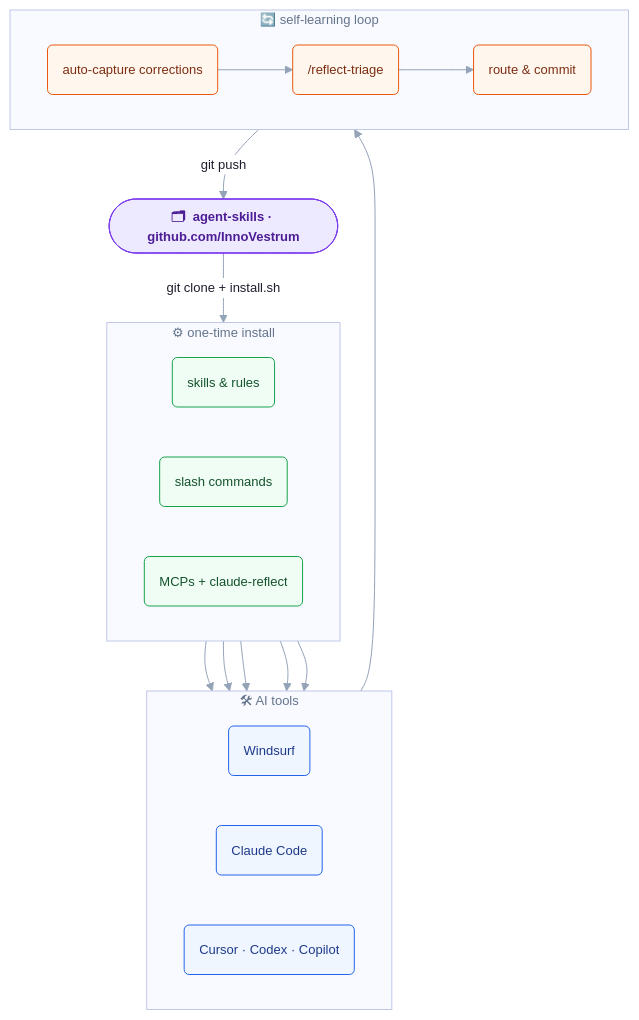
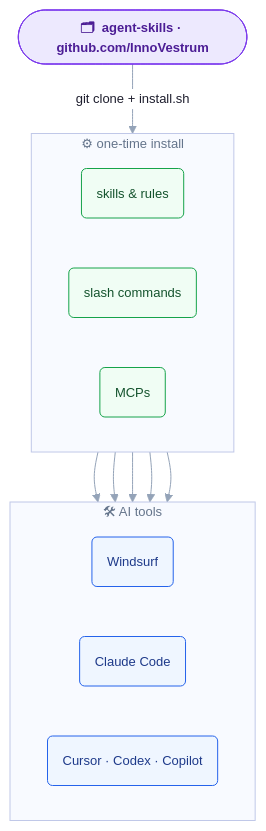
One commit to innovestrum/agent-skills changed the diagram in README.md. Above: the diagram before and after it, drawn with Mermaid. The commit also changed other lines of this file and 5 other files, not shown here.

First line of the commit message:
chore: drop claude-reflect dependency and /reflect-triage command

````diff
--- a/README.md
+++ b/README.md
@@ -7,51 +7,39 @@
 ```mermaid
 %%{init: {"theme": "base", "themeVariables": {
   "background": "#ffffff",
   "primaryColor": "#f0f4ff",
   "primaryTextColor": "#1e1e2e",
   "primaryBorderColor": "#c0c8e8",
   "lineColor": "#94a3b8",
   "clusterBkg": "#f8faff",
   "clusterBorder": "#c0c8e8",
   "titleColor": "#64748b",
   "edgeLabelBackground": "#ffffff",
   "fontFamily": "ui-sans-serif, system-ui, sans-serif",
   "fontSize": "13px"
 }}}%%
 flowchart TD
     classDef repo    fill:#ede9fe,stroke:#7c3aed,color:#4c1d95,font-weight:600
     classDef install fill:#f0fdf4,stroke:#16a34a,color:#14532d
     classDef tool    fill:#eff6ff,stroke:#2563eb,color:#1e3a8a
-    classDef loop    fill:#fff7ed,stroke:#ea580c,color:#7c2d12
 
     REPO(["🗂  agent-skills · github.com/InnoVestrum"]):::repo
 
     subgraph INSTALL ["  ⚙  one-time install  "]
         direction LR
         I1("skills & rules"):::install
         I2("slash commands"):::install
-        I3("MCPs + claude-reflect"):::install
+        I3("MCPs"):::install
     end
 
     subgraph TOOLS ["  🛠  AI tools  "]
         direction LR
         WS("Windsurf"):::tool
         CC("Claude Code"):::tool
         CX("Cursor · Codex · Copilot"):::tool
     end
 
-    subgraph LOOP ["  🔄  self-learning loop  "]
-        direction LR
-        L1("auto-capture corrections"):::loop
-        L2("/reflect-triage"):::loop
-        L3("route & commit"):::loop
-    end
-
     REPO -->|"git clone + install.sh"| INSTALL
     I1 --> WS & CC & CX
     I2 & I3 --> CC
-
-    CC --> LOOP
-    L1 --> L2 --> L3
-    L3 -->|"git push"| REPO
 ```
````
